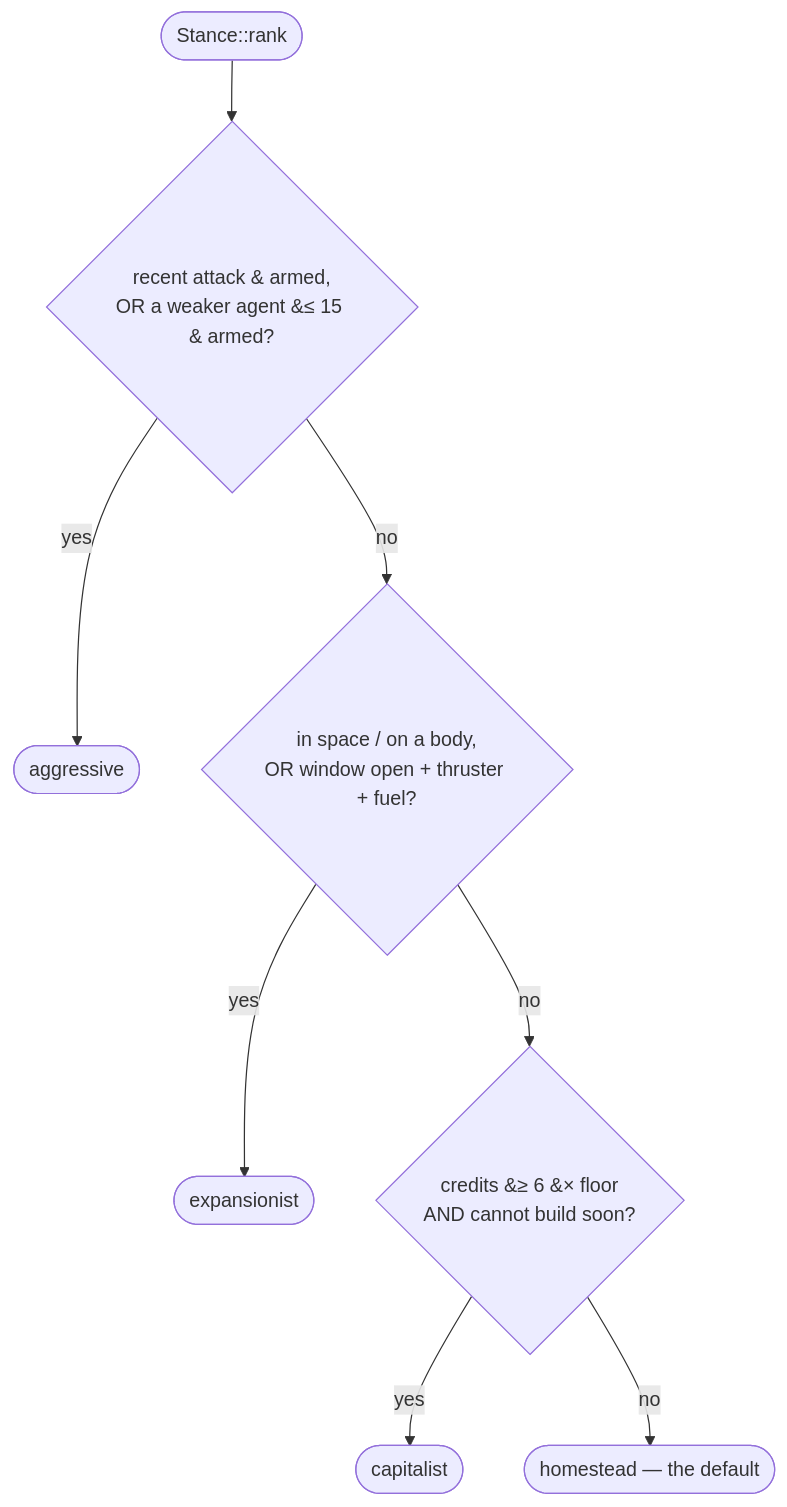
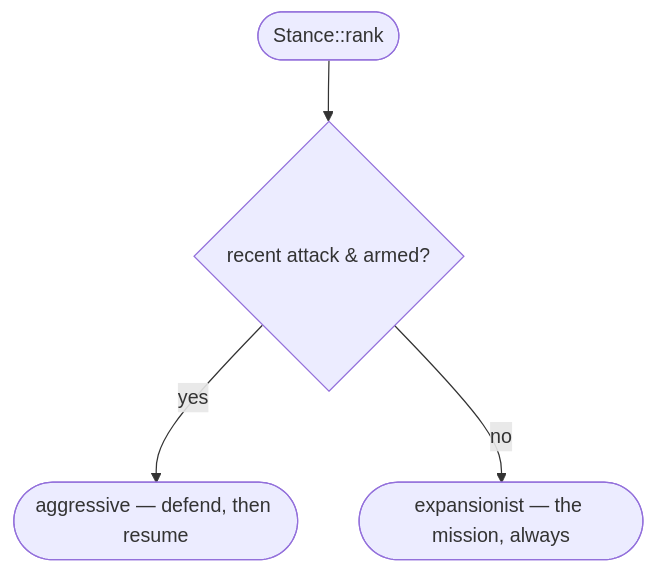
Before and after one commit to discord-php/DiscordPHP-NHA: the third of 6 diagrams in docs/PLAYBOOK.md, drawn with Mermaid. The commit also changed other lines of this file and 7 other files, not shown here.

````diff
--- a/docs/PLAYBOOK.md
+++ b/docs/PLAYBOOK.md
@@ -135,10 +139,6 @@
 ```mermaid
 flowchart TD
-    p([Stance::rank]) --> a{recent attack &amp; armed,<br/>OR a weaker agent &#8804; 15 &amp; armed?}
-    a -- yes --> AGG([aggressive])
-    a -- no --> e{in space / on a body,<br/>OR window open + thruster + fuel?}
-    e -- yes --> EXP([expansionist])
-    e -- no --> c{credits &#8805; 6 &#215; floor<br/>AND cannot build soon?}
-    c -- yes --> CAP([capitalist])
-    c -- no --> HOM([homestead — the default])
+    p([Stance::rank]) --> a{recent attack &amp; armed?}
+    a -- yes --> AGG([aggressive — defend, then resume])
+    a -- no --> EXP([expansionist — the mission, always])
 ```
````
